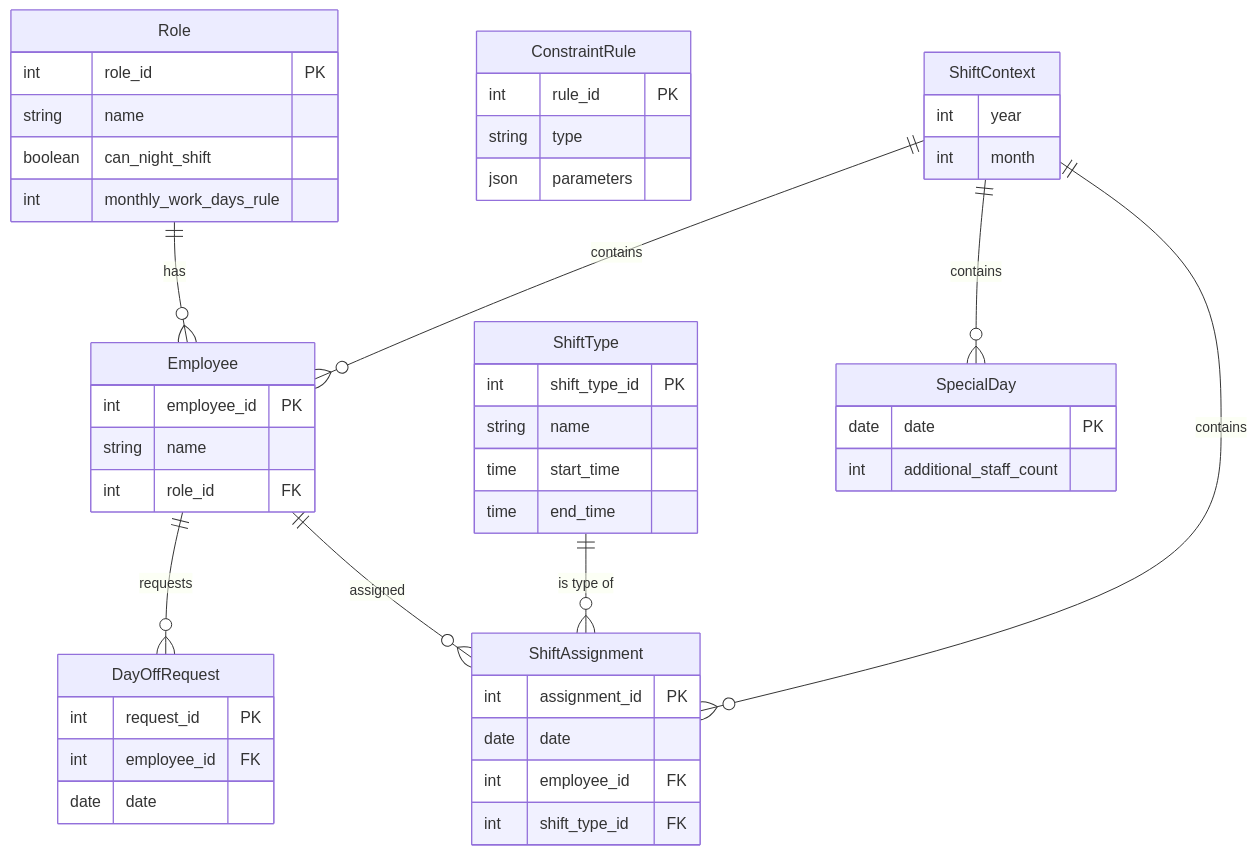
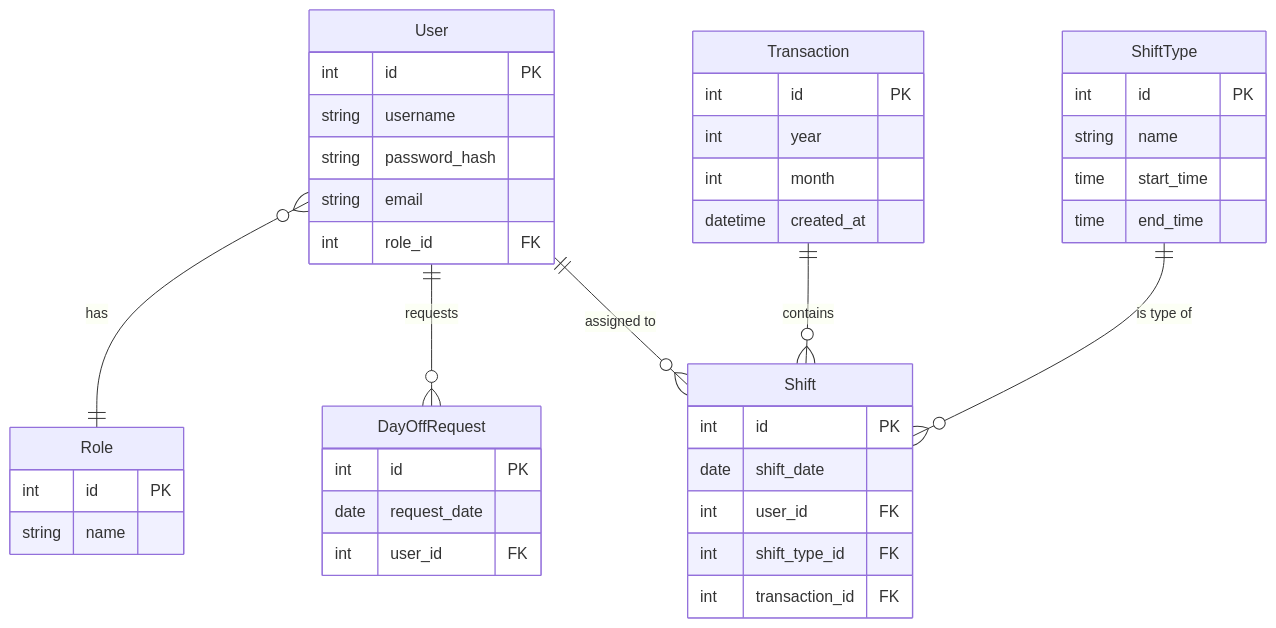
Before and after one commit to yapitaku9/shifpita_mvp: the diagram in docs/er_diagram.md, drawn with Mermaid. The commit also changed other lines of this file and 61 other files, not shown here.

````diff
--- a/docs/er_diagram.md
+++ b/docs/er_diagram.md
@@ -5,56 +6,44 @@
 ```mermaid
 erDiagram
-    %% マスタデータ
+    User {
+        int id PK
+        string username
+        string password_hash
+        string email
+        int role_id FK
+    }
     Role {
-        int role_id PK
+        int id PK
         string name
-        boolean can_night_shift
-        int monthly_work_days_rule
+    }
+    DayOffRequest {
+        int id PK
+        date request_date
+        int user_id FK
+    }
+    Transaction {
+        int id PK
+        int year
+        int month
+        datetime created_at
+    }
+    Shift {
+        int id PK
+        date shift_date
+        int user_id FK
+        int shift_type_id FK
+        int transaction_id FK
     }
     ShiftType {
-        int shift_type_id PK
+        int id PK
         string name
         time start_time
         time end_time
     }
-    ConstraintRule {
-        int rule_id PK
-        string type
-        json parameters
-    }
 
-    %% トランザクションデータ
-    ShiftContext {
-        int year
-        int month
-    }
-    Employee {
-        int employee_id PK
-        string name
-        int role_id FK
-    }
-    DayOffRequest {
-        int request_id PK
-        int employee_id FK
-        date date
-    }
-    SpecialDay {
-        date date PK
-        int additional_staff_count
-    }
-    ShiftAssignment {
-        int assignment_id PK
-        date date
-        int employee_id FK
-        int shift_type_id FK
-    }
-
-    %% リレーションシップ
-    Role ||--o{ Employee : "has"
-    Employee ||--o{ DayOffRequest : "requests"
-    Employee ||--o{ ShiftAssignment : "assigned"
-    ShiftType ||--o{ ShiftAssignment : "is type of"
-    ShiftContext ||--o{ SpecialDay : "contains"
-    ShiftContext ||--o{ Employee : "contains"
-    ShiftContext ||--o{ ShiftAssignment : "contains"
+    User ||--o{ DayOffRequest : "requests"
+    User ||--o{ Shift : "assigned to"
+    User }o--|| Role : "has"
+    Transaction ||--o{ Shift : "contains"
+    ShiftType ||--o{ Shift : "is type of"
 ```
````
